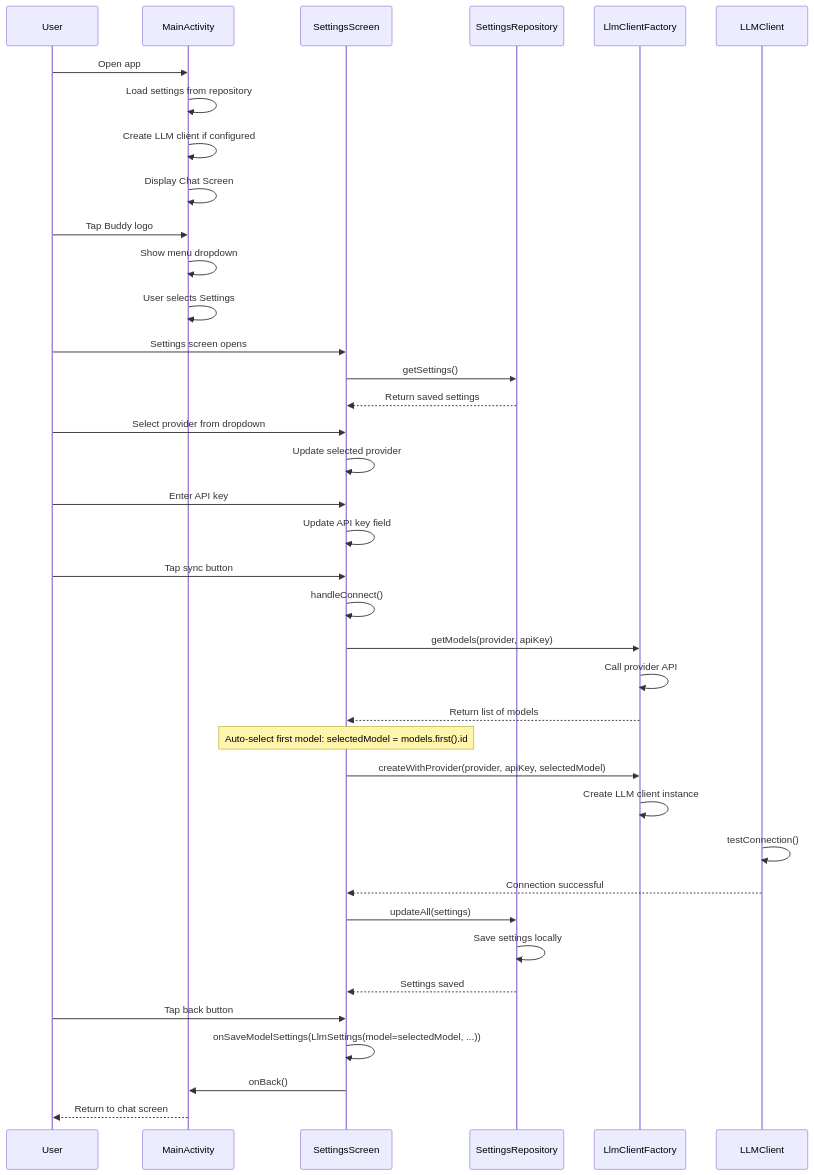
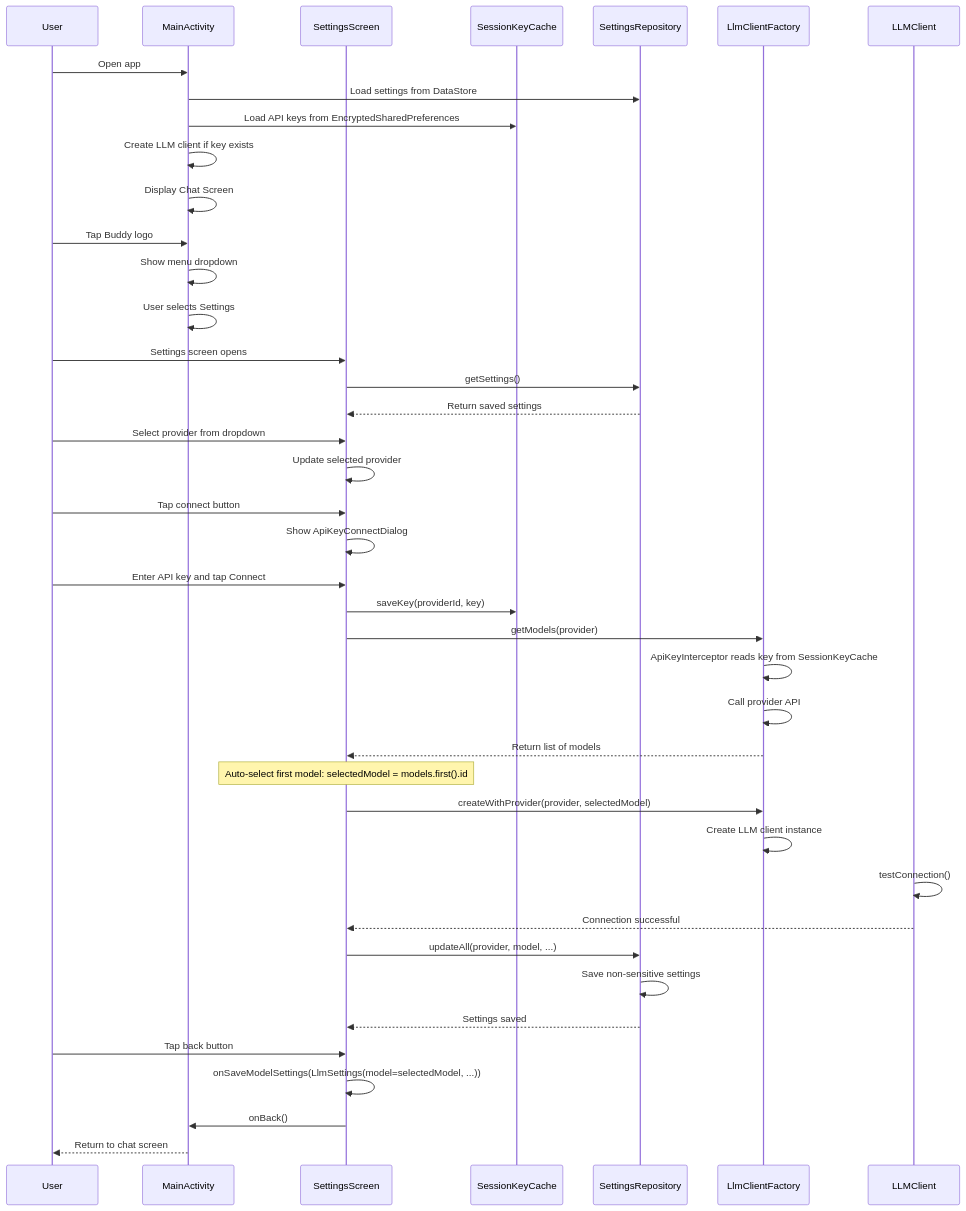
The first of 11 diagrams in docs/seq_others.md (lehoang318/buddy), drawn with Mermaid before and after one commit. The commit also changed other lines of this file and 9 other files, not shown here.

````diff
--- a/docs/seq_others.md
+++ b/docs/seq_others.md
@@ -7,50 +7,52 @@
 ```mermaid
 sequenceDiagram
     participant User
     participant MainActivity
     participant SettingsScreen
+    participant SessionKeyCache
     participant SettingsRepository
     participant LlmClientFactory
     participant LLMClient
 
     User->>MainActivity: Open app
-    MainActivity->>MainActivity: Load settings from repository
-    MainActivity->>MainActivity: Create LLM client if configured
+    MainActivity->>SettingsRepository: Load settings from DataStore
+    MainActivity->>SessionKeyCache: Load API keys from EncryptedSharedPreferences
+    MainActivity->>MainActivity: Create LLM client if key exists
     MainActivity->>MainActivity: Display Chat Screen
 
     User->>MainActivity: Tap Buddy logo
     MainActivity->>MainActivity: Show menu dropdown
     MainActivity->>MainActivity: User selects Settings
 
     User->>SettingsScreen: Settings screen opens
     SettingsScreen->>SettingsRepository: getSettings()
     SettingsRepository-->>SettingsScreen: Return saved settings
 
     User->>SettingsScreen: Select provider from dropdown
     SettingsScreen->>SettingsScreen: Update selected provider
 
-    User->>SettingsScreen: Enter API key
-    SettingsScreen->>SettingsScreen: Update API key field
-
-    User->>SettingsScreen: Tap sync button
-    SettingsScreen->>SettingsScreen: handleConnect()
-    SettingsScreen->>LlmClientFactory: getModels(provider, apiKey)
+    User->>SettingsScreen: Tap connect button
+    SettingsScreen->>SettingsScreen: Show ApiKeyConnectDialog
+    User->>SettingsScreen: Enter API key and tap Connect
+    SettingsScreen->>SessionKeyCache: saveKey(providerId, key)
+    SettingsScreen->>LlmClientFactory: getModels(provider)
+    LlmClientFactory->>LlmClientFactory: ApiKeyInterceptor reads key from SessionKeyCache
     LlmClientFactory->>LlmClientFactory: Call provider API
     LlmClientFactory-->>SettingsScreen: Return list of models
 
     Note over SettingsScreen: Auto-select first model: selectedModel = models.first().id
 
-    SettingsScreen->>LlmClientFactory: createWithProvider(provider, apiKey, selectedModel)
+    SettingsScreen->>LlmClientFactory: createWithProvider(provider, selectedModel)
     LlmClientFactory->>LlmClientFactory: Create LLM client instance
     LLMClient->>LLMClient: testConnection()
     LLMClient-->>SettingsScreen: Connection successful
 
-    SettingsScreen->>SettingsRepository: updateAll(settings)
-    SettingsRepository->>SettingsRepository: Save settings locally
+    SettingsScreen->>SettingsRepository: updateAll(provider, model, ...)
+    SettingsRepository->>SettingsRepository: Save non-sensitive settings
     SettingsRepository-->>SettingsScreen: Settings saved
 
     User->>SettingsScreen: Tap back button
     SettingsScreen->>SettingsScreen: onSaveModelSettings(LlmSettings(model=selectedModel, ...))
     SettingsScreen->>MainActivity: onBack()
     MainActivity-->>User: Return to chat screen
 ```
````
